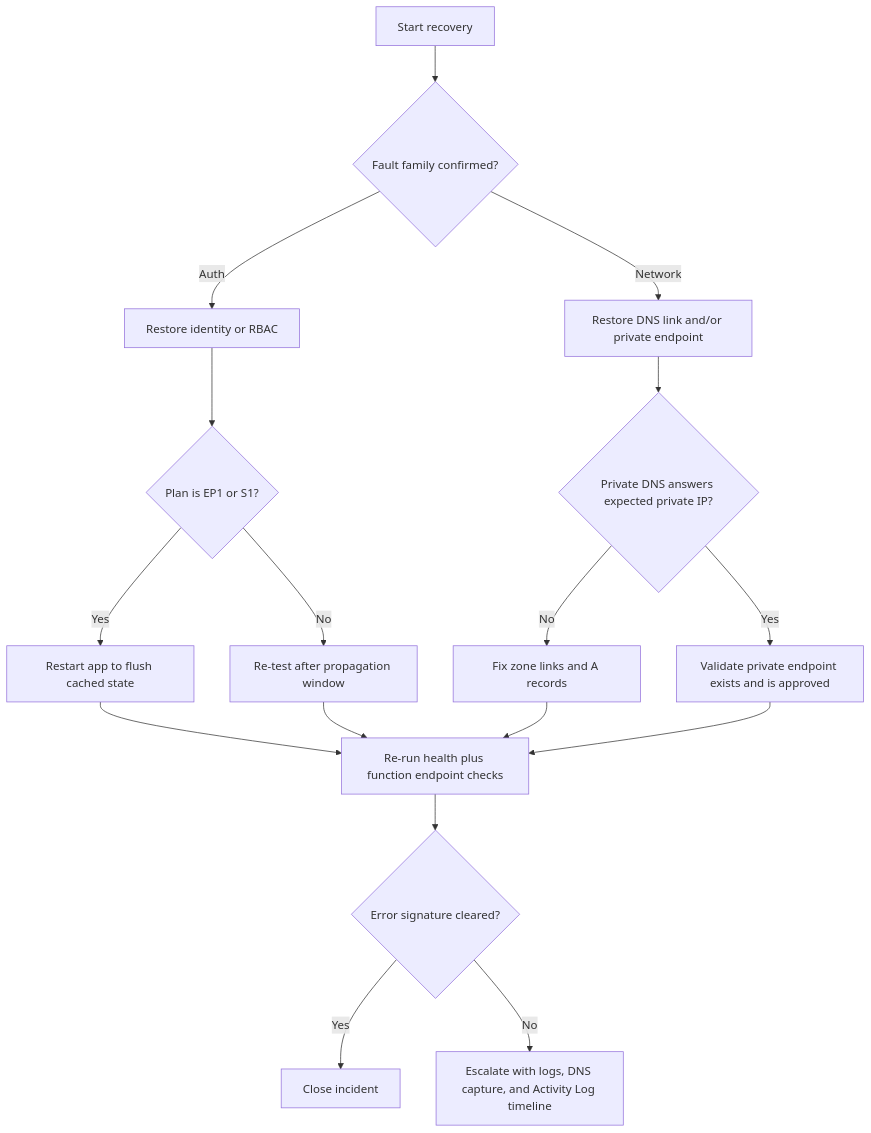
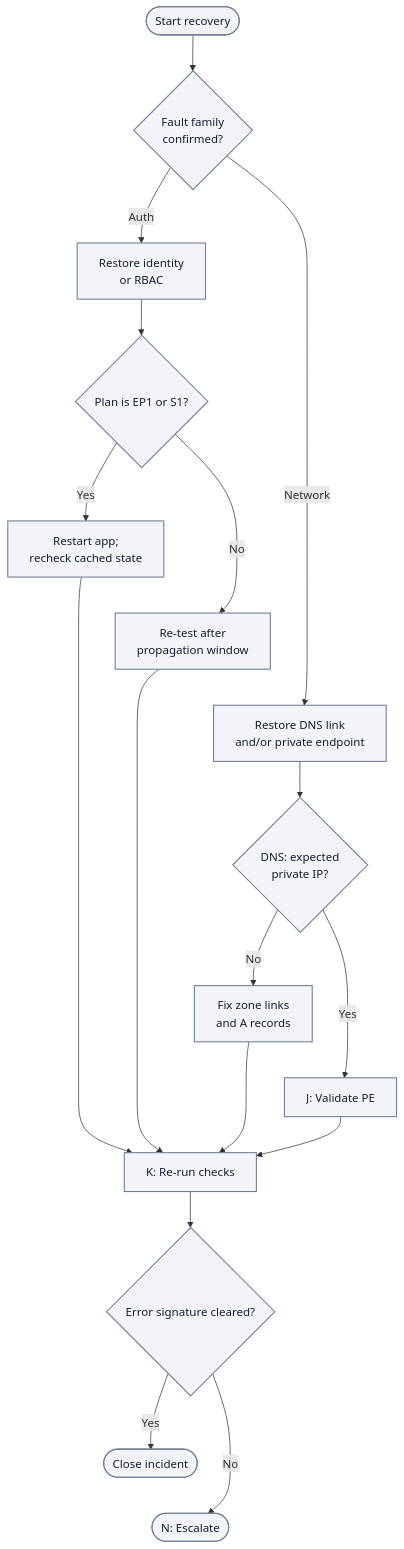
The second of 2 diagrams in docs/troubleshooting/lab-guides/hosting-plan-comparison-matrix.md (yeongseon/azure-functions-practical-guide), drawn with Mermaid before and after one commit. The commit also changed other lines of this file and 3 other files, not shown here.

First line of the commit message:
docs(diagrams): migrate Functions lab other — hosting plan comparison matrix and hosting plan security matrix and related diagnostics (#442)

````diff
--- a/docs/troubleshooting/lab-guides/hosting-plan-comparison-matrix.md
+++ b/docs/troubleshooting/lab-guides/hosting-plan-comparison-matrix.md
@@ -189,23 +224,32 @@
 ```mermaid
 flowchart TD
-    A[Start recovery] --> B{Fault family confirmed?}
-    B -->|Auth| C[Restore identity or RBAC]
-    B -->|Network| D["Restore DNS link and/or private endpoint"]
+    accTitle: Hosting-plan recovery decision tree
+    accDescr: Recovery branches on confirmed auth or network fault, EP1 or S1 plan, private DNS answer and final error clearance. All Yes and No outcomes remain explicit, ending in incident closure or escalation.
+    A([Start recovery]) --> B{"Fault family<br/>confirmed?"}
+    B -->|Auth| C["Restore identity<br/>or RBAC"]
+    B -->|Network| D["Restore DNS link<br/>and/or private endpoint"]
 
     C --> E{Plan is EP1 or S1?}
-    E -->|Yes| F[Restart app to flush cached state]
-    E -->|No| G[Re-test after propagation window]
+    E -->|Yes| F["Restart app;<br/>recheck cached state"]
+    E -->|No| G["Re-test after<br/>propagation window"]
 
-    D --> H{Private DNS answers expected private IP?}
-    H -->|No| I[Fix zone links and A records]
-    H -->|Yes| J[Validate private endpoint exists and is approved]
+    D --> H{"DNS: expected<br/>private IP?"}
+    H -->|No| I["Fix zone links<br/>and A records"]
+    H -->|Yes| J["J: Validate PE"]
 
-    F --> K[Re-run health plus function endpoint checks]
+    F --> K["K: Re-run checks"]
     G --> K
     I --> K
     J --> K
 
     K --> L{Error signature cleared?}
-    L -->|Yes| M[Close incident]
-    L -->|No| N[Escalate with logs, DNS capture, and Activity Log timeline]
+    L -->|Yes| M([Close incident])
+    L -->|No| N(["N: Escalate"])
+    %% Layout-only links serialize alternatives; no new recovery steps or arrows.
+    F ~~~ G
+    G ~~~ D
+    I ~~~ J
+    M ~~~ N
+    classDef neutral fill:#f2f4f8,stroke:#707e93,stroke-width:1.5px,color:#14202e;
+    class A,B,C,D,E,F,G,H,I,J,K,L,M,N neutral;
 ```
````
